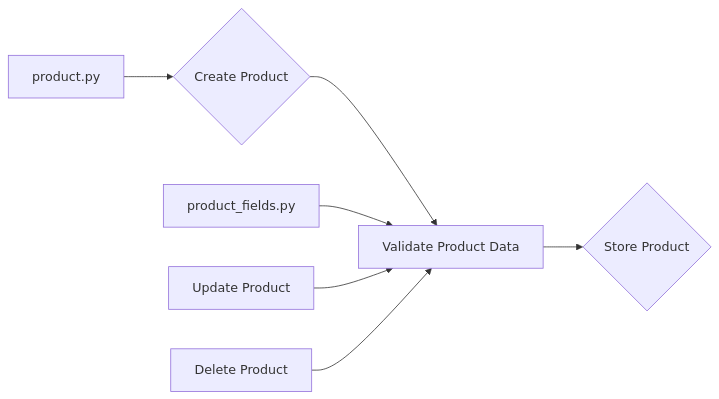
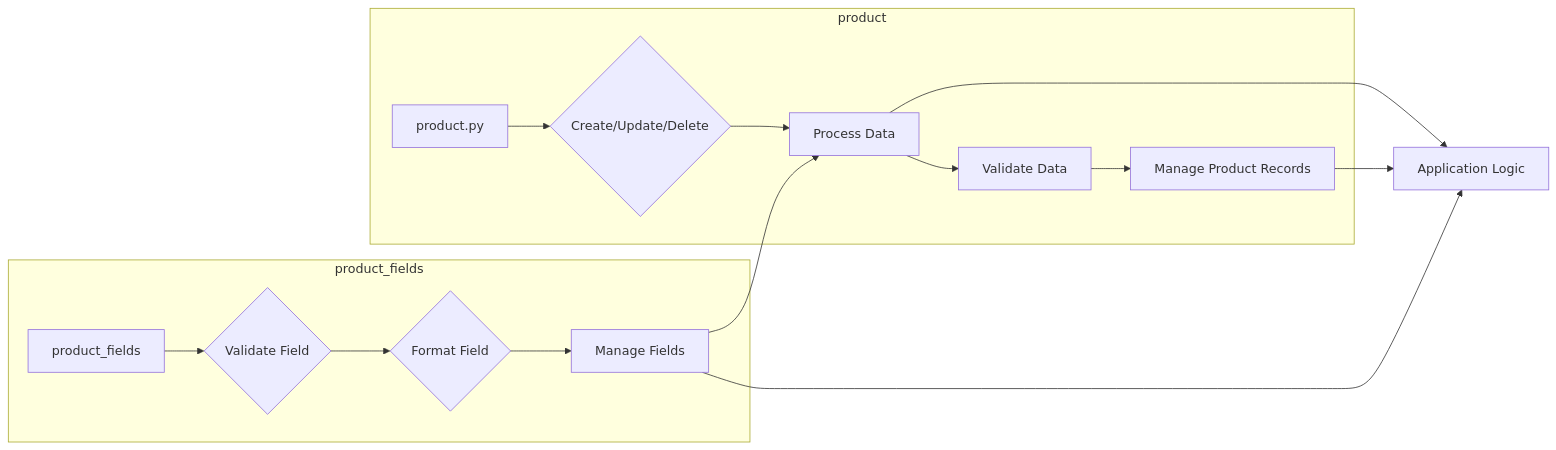
One commit to hypo69/hypo changed the diagram in docs/gemini/ru/explainer/src/product/README.md. Above: the diagram before and after it, drawn with Mermaid. The commit also changed other lines of this file and 877 other files, not shown here.

````diff
--- a/docs/gemini/ru/explainer/src/product/README.md
+++ b/docs/gemini/ru/explainer/src/product/README.md
@@ -23,9 +24,18 @@
 ```mermaid
 graph LR
-    A[product.py] --> B{Create Product};
-    B --> C[Validate Product Data];
-    C --> D{Store Product};
-    E[product_fields.py] --> C;
-    F[Update Product] --> C;
-    G[Delete Product] --> C;
+    subgraph product
+        A[product.py] --> B{Create/Update/Delete};
+        B --> C[Process Data];
+        C --> D[Validate Data];
+        D --> E[Manage Product Records];
+    end
+    subgraph product_fields
+        F[product_fields] --> G{Validate Field};
+        G --> H{Format Field};
+        H --> I[Manage Fields];
+        I --> C;
+    end
+    C --> J[Application Logic];
+    E --> J;
+    I --> J;
 ```
````
